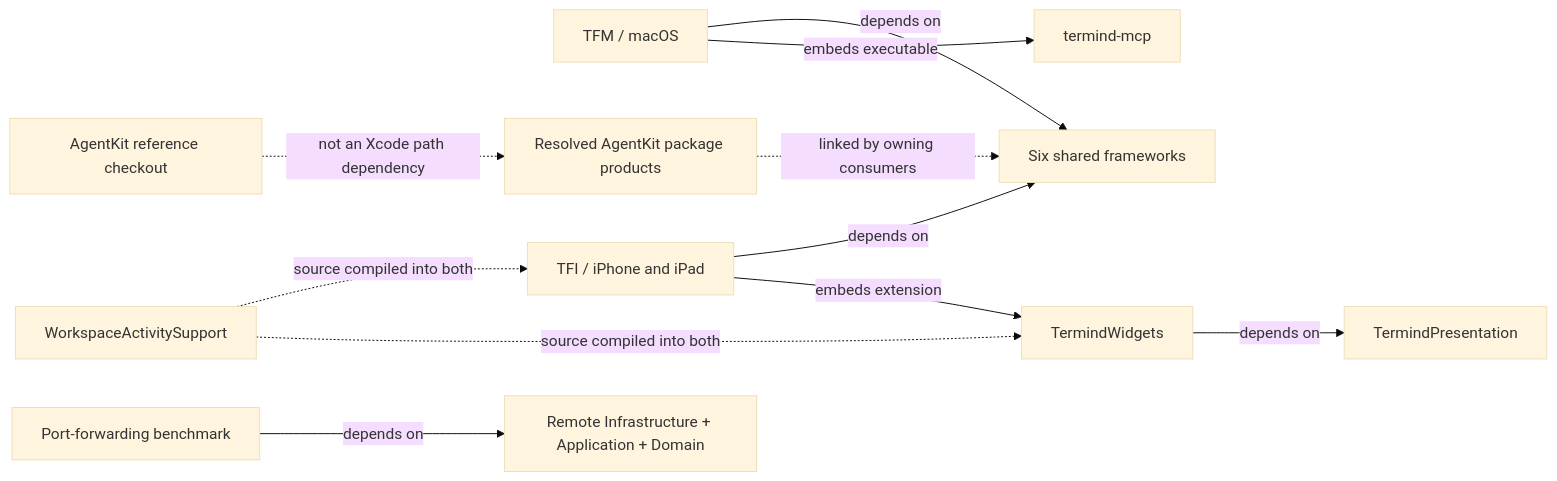
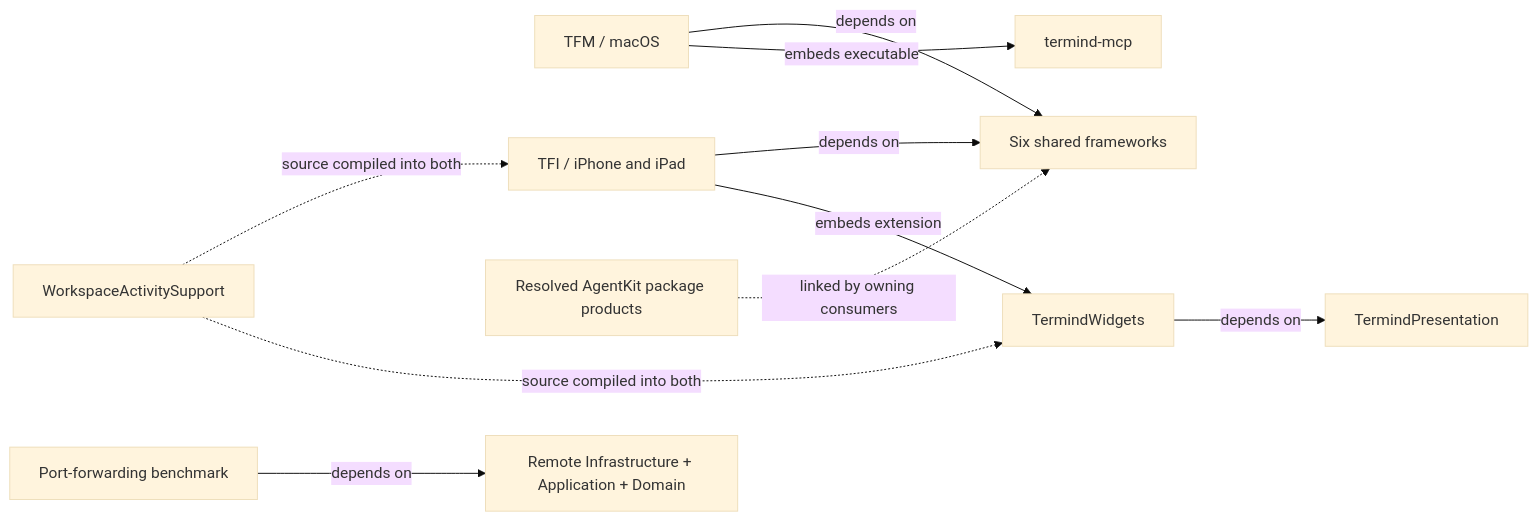
The second of 3 diagrams in openwiki/architecture/module-map.md (AkinoKaede/Termind), drawn with Mermaid (base theme) before and after one commit. The commit also changed other lines of this file and 54 other files, not shown here.

````diff
--- a/openwiki/architecture/module-map.md
+++ b/openwiki/architecture/module-map.md
@@ -159,13 +161,12 @@
 ```mermaid
 flowchart LR
     Desktop["TFM / macOS"] -->|depends on| Shared["Six shared frameworks"]
     Mobile["TFI / iPhone and iPad"] -->|depends on| Shared
     Desktop -->|embeds executable| Bridge["termind-mcp"]
     Mobile -->|embeds extension| Widget["TermindWidgets"]
     Widget -->|depends on| Presentation["TermindPresentation"]
     Activity["WorkspaceActivitySupport"] -.->|source compiled into both| Mobile
     Activity -.->|source compiled into both| Widget
     Package["Resolved AgentKit package products"] -.->|linked by owning consumers| Shared
-    Checkout["AgentKit reference checkout"] -.->|not an Xcode path dependency| Package
     Benchmark["Port-forwarding benchmark"] -->|depends on| Remote["Remote Infrastructure + Application + Domain"]
 ```
````
